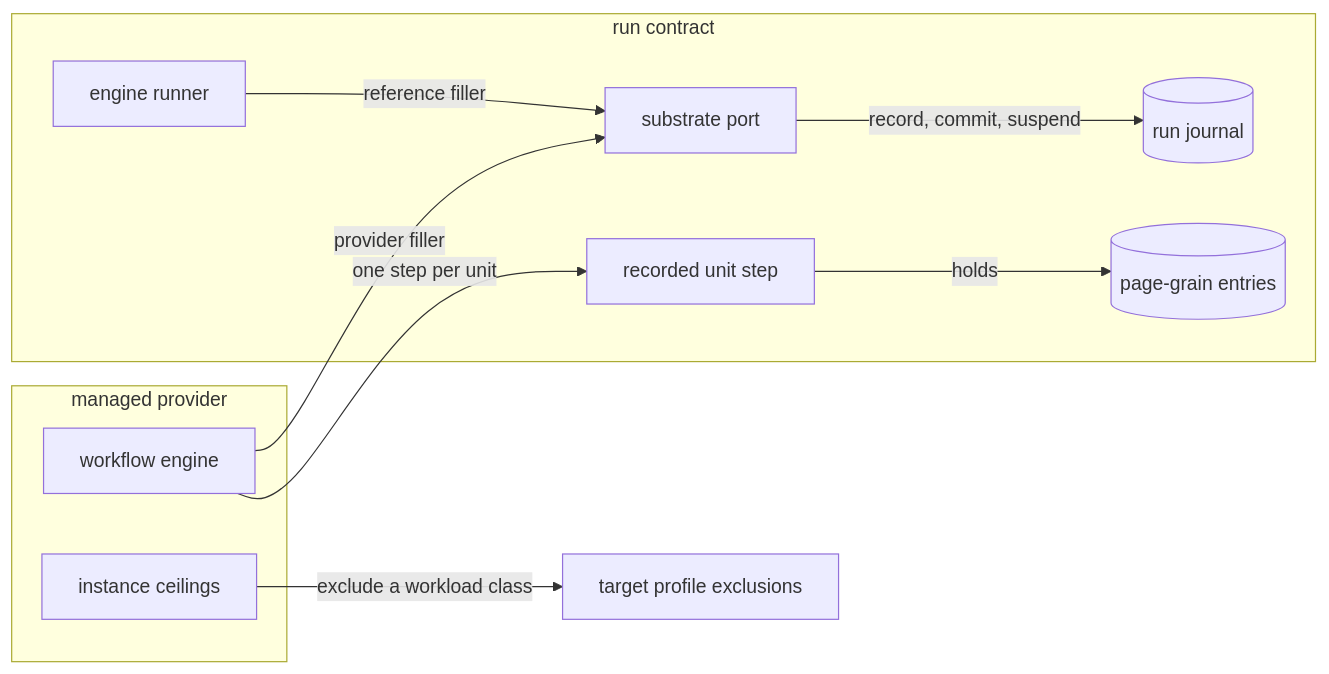
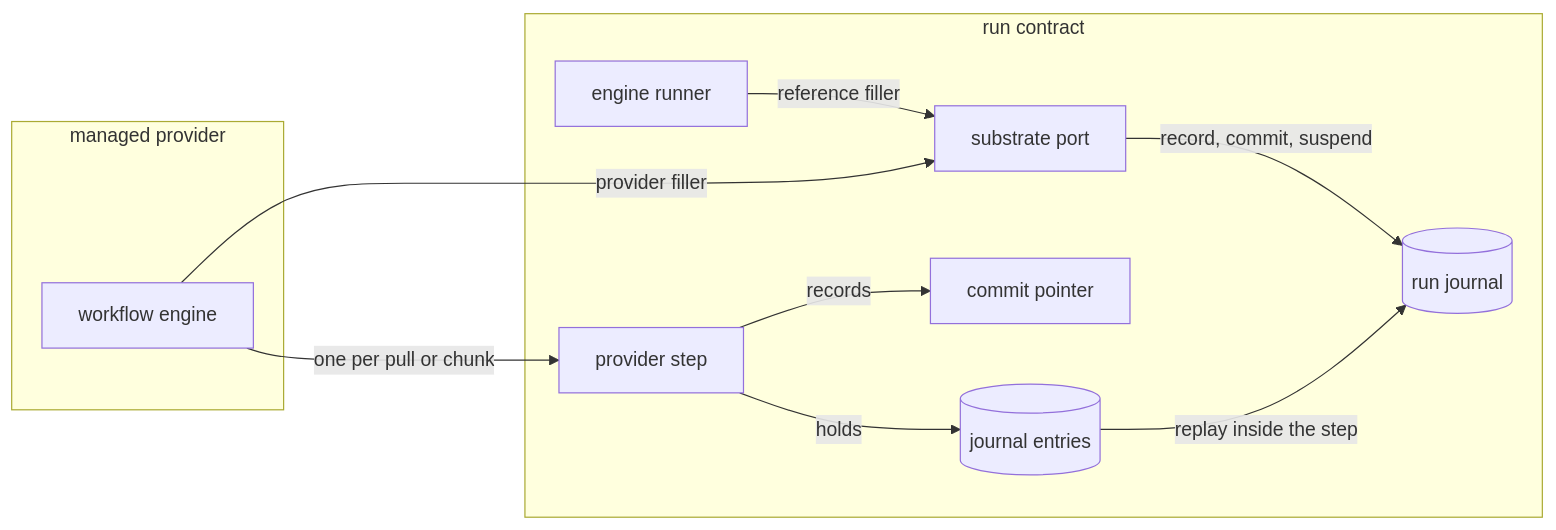
Before and after one commit to fractalboxdev/contextful: the sixth of 7 diagrams in spec/30-run.md, drawn with Mermaid. The commit also changed other lines of this file and 5 other files, not shown here.

First line of the commit message:
run: a provider step records the commit pointer, keeps one retry layer, and names what stays open

````diff
--- a/spec/30-run.md
+++ b/spec/30-run.md
@@ -594,21 +594,21 @@
 ```mermaid
 flowchart LR
   subgraph run["run contract"]
     PORT["substrate port"]
     RUNNER["engine runner"]
     J[("run journal")]
-    STEP["recorded unit step"]
-    PAGES[("page-grain entries")]
+    STEP["provider step"]
+    PTR["commit pointer"]
+    ENTRIES[("journal entries")]
   end
   subgraph provider["managed provider"]
     WF["workflow engine"]
-    LIMITS["instance ceilings"]
   end
-  TP["target profile exclusions"]
   RUNNER -->|"reference filler"| PORT
   WF -->|"provider filler"| PORT
   PORT -->|"record, commit, suspend"| J
-  WF -->|"one step per unit"| STEP
-  STEP -->|"holds"| PAGES
-  LIMITS -->|"exclude a workload class"| TP
+  WF -->|"one per pull or chunk"| STEP
+  STEP -->|"records"| PTR
+  STEP -->|"holds"| ENTRIES
+  ENTRIES -->|"replay inside the step"| J
 ```
````
